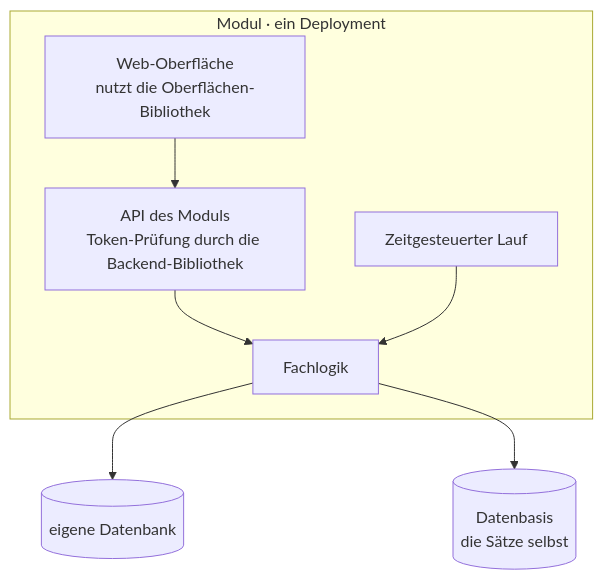
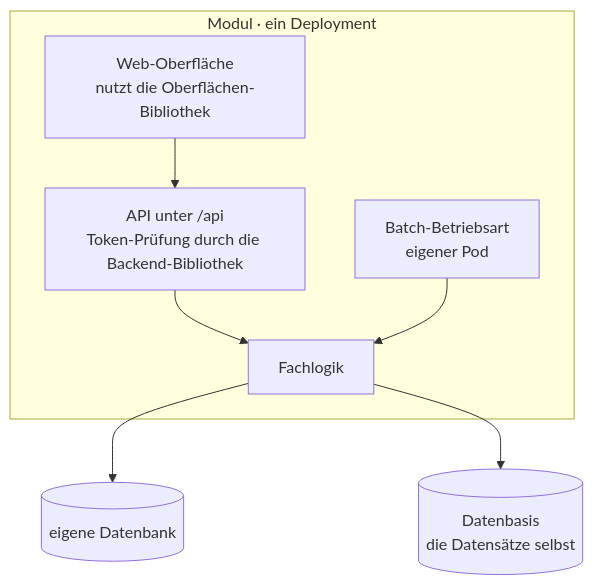
The eighth of 15 diagrams in arch-docs/README.md (tiri/reference-architecture), drawn with Mermaid before and after one commit. The commit also changed other lines of this file and 1 other file, not shown here.

````diff
--- a/arch-docs/README.md
+++ b/arch-docs/README.md
@@ -390,13 +447,13 @@
 ```mermaid
 flowchart TB
     subgraph M[Modul · ein Deployment]
         SPA[Web-Oberfläche<br/>nutzt die Oberflächen-Bibliothek]
-        API[API des Moduls<br/>Token-Prüfung durch die Backend-Bibliothek]
+        API[API unter /api<br/>Token-Prüfung durch die Backend-Bibliothek]
         FL[Fachlogik]
-        BAT[Zeitgesteuerter Lauf]
+        BAT[Batch-Betriebsart<br/>eigener Pod]
     end
     SPA --> API --> FL
     BAT --> FL
     FL --> DB[(eigene Datenbank)]
-    FL --> PLAT[(Datenbasis<br/>die Sätze selbst)]
+    FL --> PLAT[(Datenbasis<br/>die Datensätze selbst)]
 ```
````
